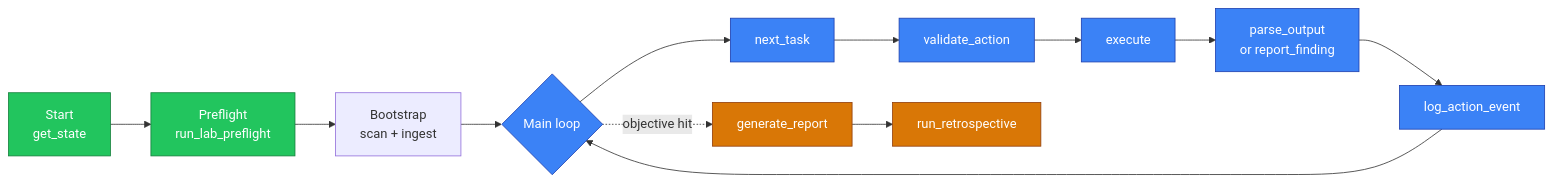
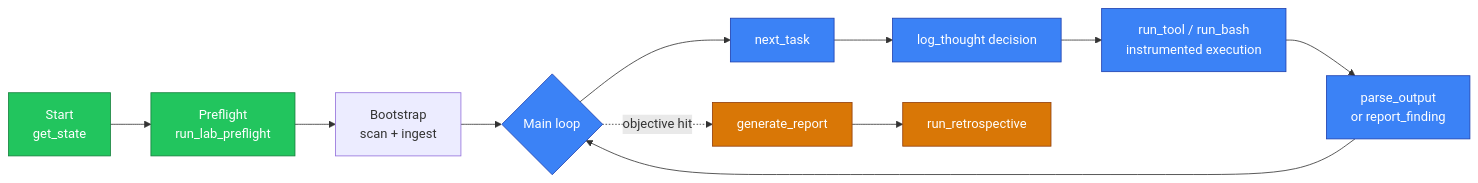
Before and after one commit to professor-moody/overwatch: the diagram in docs/playbook/index.md, drawn with Mermaid. The commit also changed other lines of this file and 21 other files, not shown here.

````diff
--- a/docs/playbook/index.md
+++ b/docs/playbook/index.md
@@ -38,21 +37,20 @@
 ```mermaid
 flowchart LR
     A[Start<br/>get_state] --> B[Preflight<br/>run_lab_preflight]
     B --> C[Bootstrap<br/>scan + ingest]
     C --> D{Main loop}
     D --> E[next_task]
-    E --> F[validate_action]
-    F --> G[execute]
+    E --> F[log_thought decision]
+    F --> G[run_tool / run_bash<br/>instrumented execution]
     G --> H[parse_output<br/>or report_finding]
-    H --> I[log_action_event]
-    I --> D
+    H --> D
     D -.objective hit.-> J[generate_report]
     J --> K[run_retrospective]
 
     classDef start fill:#22c55e,stroke:#15803d,color:#fff
     classDef loop fill:#3b82f6,stroke:#1e40af,color:#fff
     classDef end_ fill:#d97706,stroke:#92400e,color:#fff
     class A,B start
-    class D,E,F,G,H,I loop
+    class D,E,F,G,H loop
     class J,K end_
 ```
````
